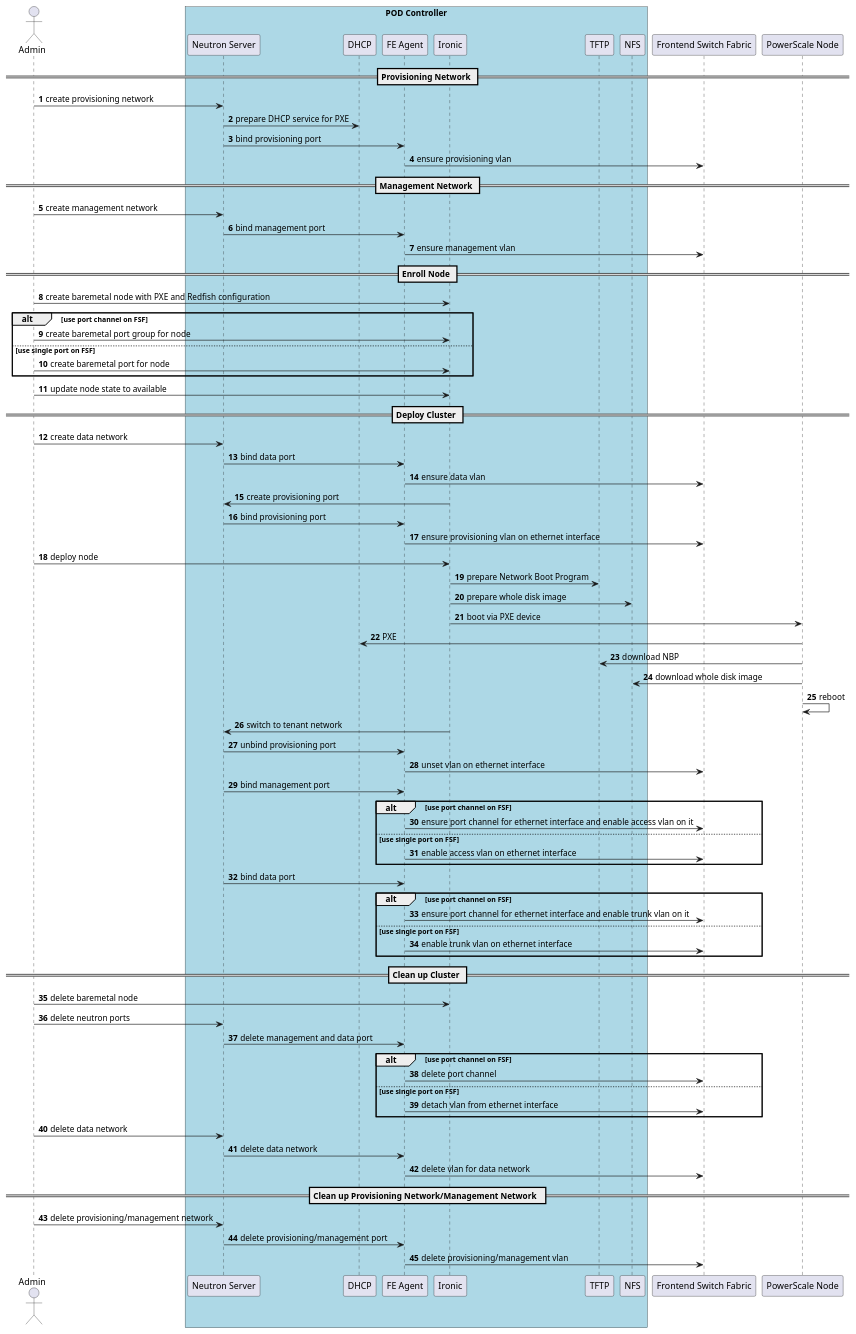
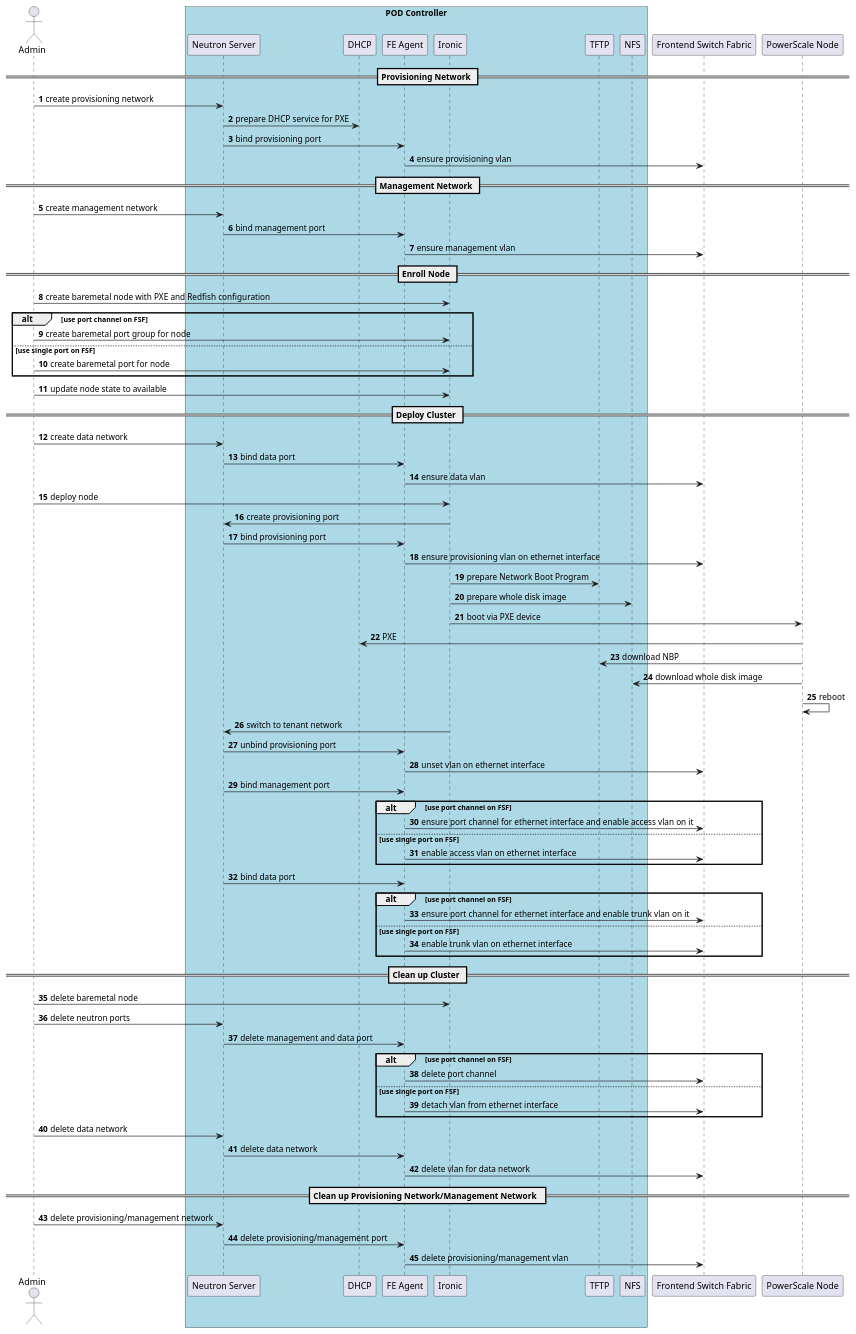
One commit to Dell-EMC-Cloud/OS10-FE-Networking changed the diagram in uml/FE_Agent_Sequence_Diagram.puml. Above: the diagram before and after it, drawn with PlantUML. The commit also changed other lines of this file, not shown here.

Commit message:
update uml

```diff
--- a/uml/FE_Agent_Sequence_Diagram.puml
+++ b/uml/FE_Agent_Sequence_Diagram.puml
@@ -1,82 +1,82 @@
 @startuml
 autonumber
 Actor Admin
 
 box "POD Controller" #Lightblue
 participant "Neutron Server"
 participant "DHCP"
 participant "FE Agent"
 participant "Ironic"
 participant "TFTP"
 participant "NFS"
 end box
 
 == Provisioning Network ==
 Admin -> "Neutron Server" : create provisioning network
 "Neutron Server" -> "DHCP" : prepare DHCP service for PXE
 "Neutron Server" -> "FE Agent" : bind provisioning port
 "FE Agent" -> "Frontend Switch Fabric" : ensure provisioning vlan
 
 == Management Network ==
 Admin -> "Neutron Server" : create management network
 "Neutron Server" -> "FE Agent" : bind management port
 "FE Agent" -> "Frontend Switch Fabric" : ensure management vlan
 
 == Enroll Node ==
 Admin -> Ironic : create baremetal node with PXE and Redfish configuration
 alt use port channel on FSF
     Admin -> Ironic : create baremetal port group for node
 else use single port on FSF
     Admin -> Ironic : create baremetal port for node
 end
 Admin -> Ironic : update node state to available
 
 == Deploy Cluster ==
 Admin -> "Neutron Server" : create data network
 "Neutron Server" -> "FE Agent" : bind data port
 "FE Agent" -> "Frontend Switch Fabric" : ensure data vlan
+Admin -> Ironic : deploy node
 Ironic -> "Neutron Server" : create provisioning port
 "Neutron Server" -> "FE Agent" : bind provisioning port
 "FE Agent" -> "Frontend Switch Fabric" : ensure provisioning vlan on ethernet interface
-Admin -> Ironic : deploy node
 Ironic -> TFTP : prepare Network Boot Program
 Ironic -> NFS : prepare whole disk image
 Ironic -> "PowerScale Node" : boot via PXE device
 "PowerScale Node" -> "DHCP" : PXE
 "PowerScale Node" -> TFTP : download NBP
 "PowerScale Node" -> NFS : download whole disk image
 "PowerScale Node" -> "PowerScale Node" : reboot
 Ironic -> "Neutron Server" : switch to tenant network
 "Neutron Server" -> "FE Agent" : unbind provisioning port
 "FE Agent" -> "Frontend Switch Fabric" : unset vlan on ethernet interface
 "Neutron Server" -> "FE Agent" : bind management port
 alt use port channel on FSF
     "FE Agent" -> "Frontend Switch Fabric" : ensure port channel for ethernet interface and enable access vlan on it
 else use single port on FSF
     "FE Agent" -> "Frontend Switch Fabric" : enable access vlan on ethernet interface
 end
 "Neutron Server" -> "FE Agent" : bind data port
 alt use port channel on FSF
     "FE Agent" -> "Frontend Switch Fabric" : ensure port channel for ethernet interface and enable trunk vlan on it
 else use single port on FSF
     "FE Agent" -> "Frontend Switch Fabric" : enable trunk vlan on ethernet interface
 end
 
 == Clean up Cluster ==
 Admin -> Ironic : delete baremetal node
 Admin -> "Neutron Server" : delete neutron ports
 "Neutron Server" -> "FE Agent" : delete management and data port
 alt use port channel on FSF
     "FE Agent" -> "Frontend Switch Fabric" : delete port channel
 else use single port on FSF
     "FE Agent" -> "Frontend Switch Fabric" : detach vlan from ethernet interface
 end
 Admin -> "Neutron Server" : delete data network
 "Neutron Server" -> "FE Agent" : delete data network
 "FE Agent" -> "Frontend Switch Fabric" : delete vlan for data network
 
 == Clean up Provisioning Network/Management Network  ==
 Admin -> "Neutron Server" : delete provisioning/management network
 "Neutron Server" -> "FE Agent" : delete provisioning/management port
 "FE Agent" -> "Frontend Switch Fabric" : delete provisioning/management vlan
 @enduml
```
